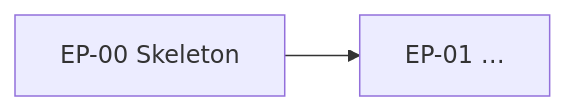
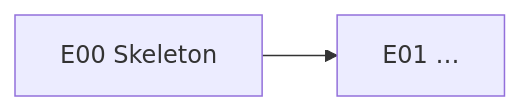
The diagram in templates/dev-plan.md (nuhin13/Workflow), drawn with Mermaid before and after one commit. The commit also changed other lines of this file and 21 other files, not shown here.

````diff
--- a/templates/dev-plan.md
+++ b/templates/dev-plan.md
@@ -16,4 +16,4 @@
 ```mermaid
 graph LR
-  EP00[EP-00 Skeleton] --> EP01[EP-01 …]
+  EP00[E00 Skeleton] --> EP01[E01 …]
 ```
````
